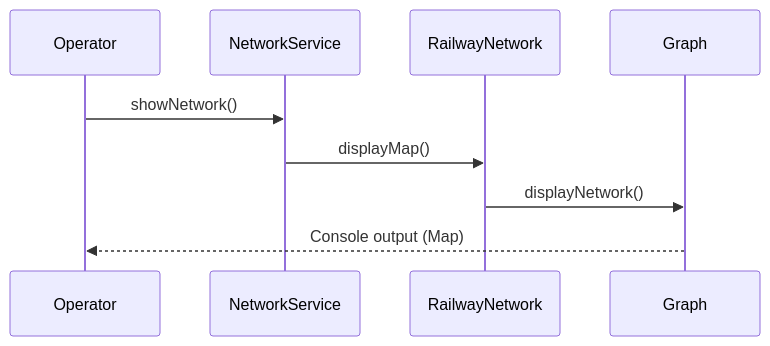
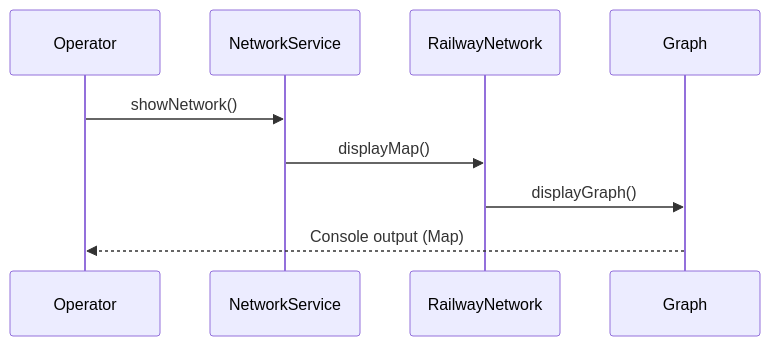
One commit to fahad-accordion-23/ds-project-iron-nexus changed the fifth of 5 diagrams in Documentation/sequence_diagrams_module3.md. Above: the diagram before and after it, drawn with Mermaid. The commit also changed other lines of this file and 2 other files, not shown here.

Commit message:
Refactor Graph structure to be generic and update dependencies

````diff
--- a/Documentation/sequence_diagrams_module3.md
+++ b/Documentation/sequence_diagrams_module3.md
@@ -98,12 +98,12 @@
 ```mermaid
 sequenceDiagram
     participant Operator
     participant NS as NetworkService
     participant RN as RailwayNetwork
     participant G as Graph
 
     Operator->>NS: showNetwork()
     NS->>RN: displayMap()
-    RN->>G: displayNetwork()
+    RN->>G: displayGraph()
     G-->>Operator: Console output (Map)
 ```
````
